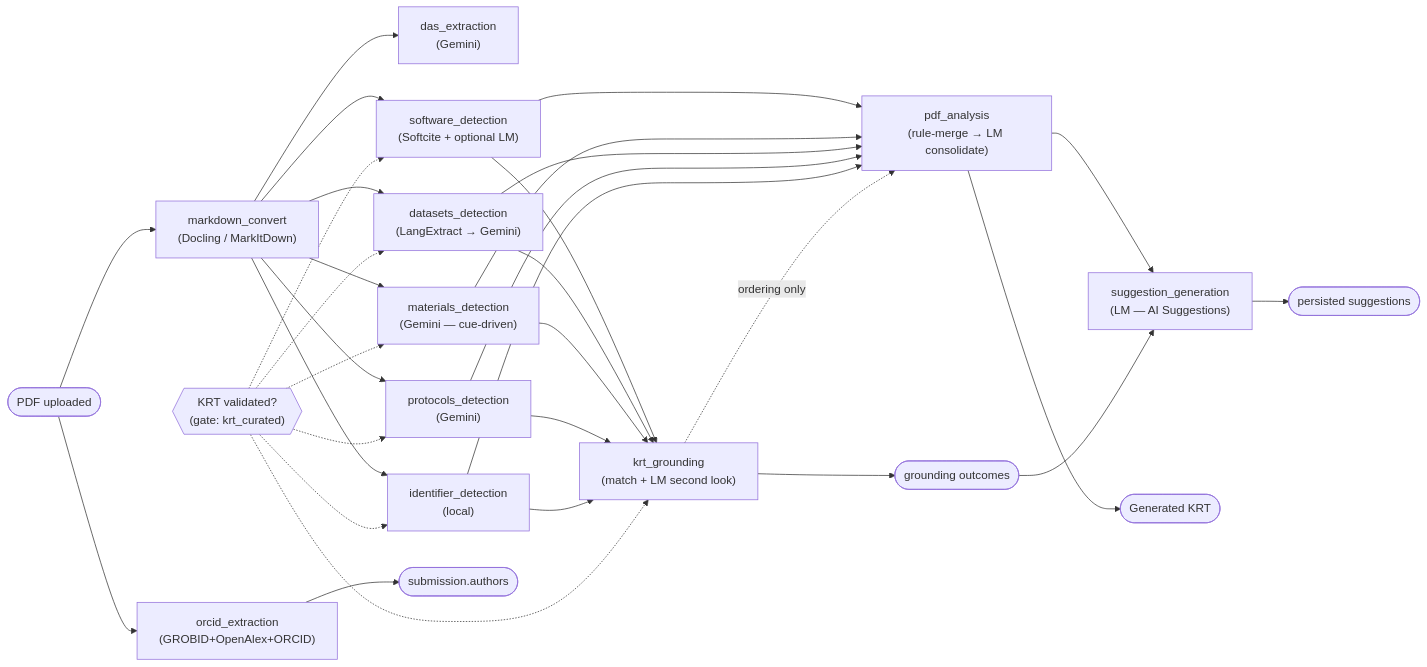
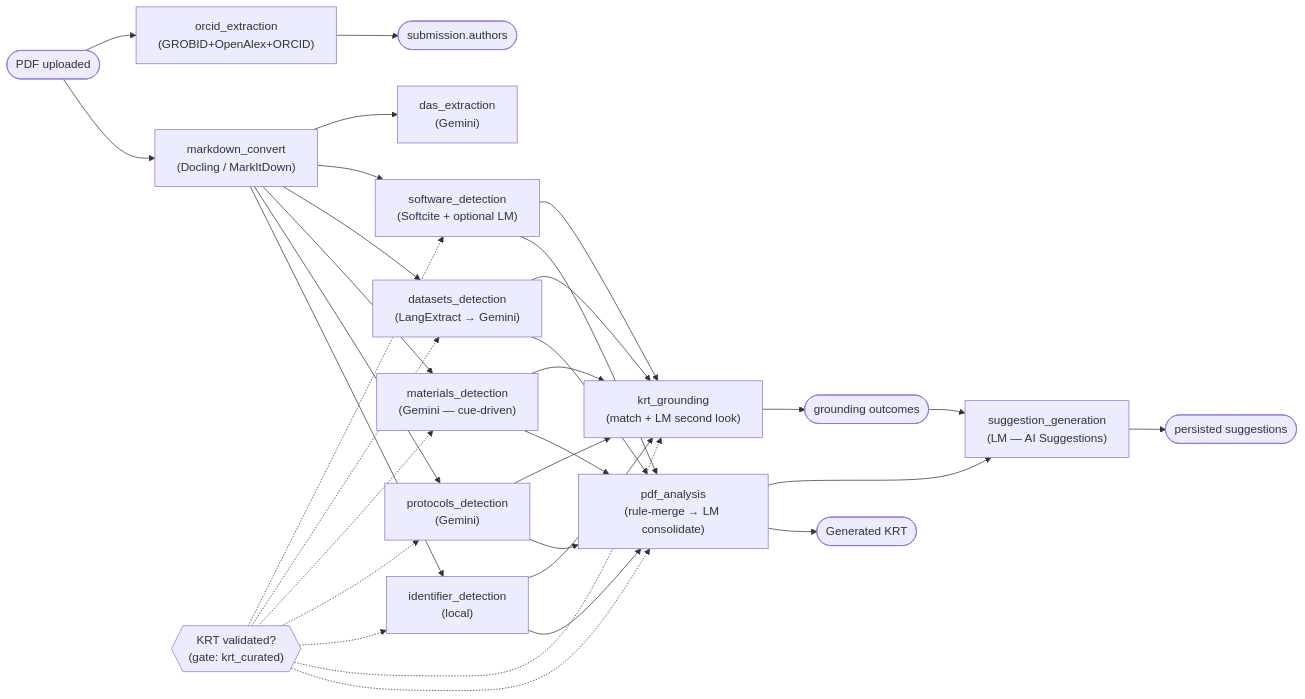
The diagram in docs/pipeline-modules.md (DataSeer/asap-kr-sync), drawn with Mermaid before and after one commit. The commit also changed other lines of this file and 11 other files, not shown here.

````diff
--- a/docs/pipeline-modules.md
+++ b/docs/pipeline-modules.md
@@ -48,34 +57,34 @@
 ```mermaid
 flowchart LR
     UP(["PDF uploaded"]) --> OR["orcid_extraction<br/>(GROBID+OpenAlex+ORCID)"]
     UP --> MDC["markdown_convert<br/>(Docling / MarkItDown)"]
     MDC --> DAS["das_extraction<br/>(Gemini)"]
     MDC --> SW["software_detection<br/>(Softcite + optional LM)"]
     MDC --> DS["datasets_detection<br/>(LangExtract → Gemini)"]
     MDC --> MAT["materials_detection<br/>(Gemini — cue-driven)"]
     MDC --> PR["protocols_detection<br/>(Gemini)"]
     MDC --> ID["identifier_detection<br/>(local)"]
     SW --> KG["krt_grounding<br/>(match + LM second look)"]
     DS --> KG
     MAT --> KG
     PR --> KG
     ID --> KG
     KRTV{{"KRT validated?<br/>(gate: krt_curated)"}} -.-> SW
     KRTV -.-> DS
     KRTV -.-> MAT
     KRTV -.-> PR
     KRTV -.-> ID
     KRTV -.-> KG
+    KRTV -.-> PA
     SW --> PA["pdf_analysis<br/>(rule-merge → LM consolidate)"]
     MAT --> PA
     DS --> PA
     PR --> PA
     ID --> PA
-    KG -.->|"ordering only"| PA
     KG --> GR(["grounding outcomes"])
     PA --> SG["suggestion_generation<br/>(LM — AI Suggestions)"]
     GR --> SG
     SG --> SUG(["persisted suggestions"])
     PA --> GK(["Generated KRT"])
     OR --> AU(["submission.authors"])
 ```
````
